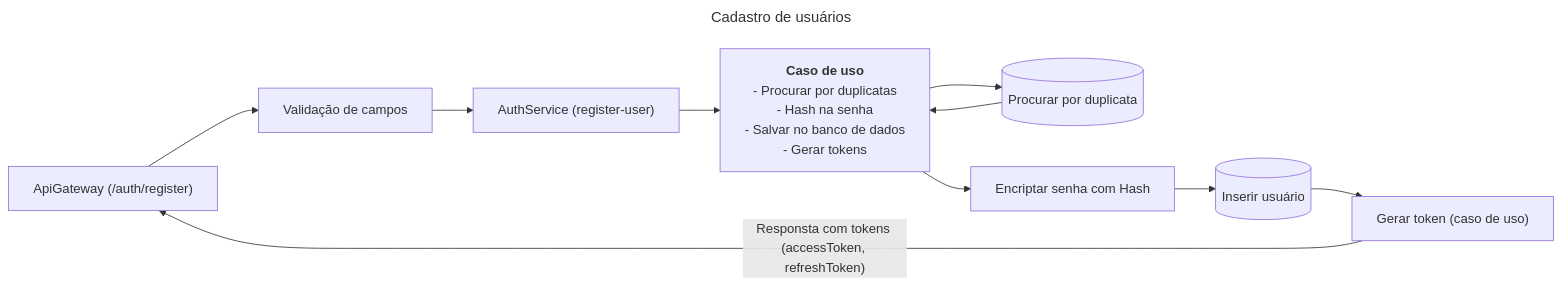
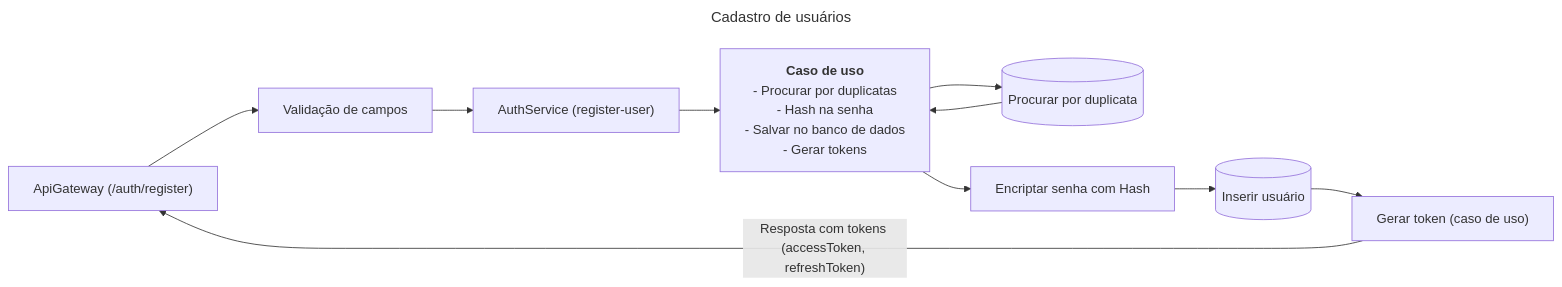
The third of 3 diagrams in README.md (zyxsz/jg-tech-challenge), drawn with Mermaid before and after one commit. The commit also changed other lines of this file, not shown here.

````diff
--- a/README.md
+++ b/README.md
@@ -81,28 +81,28 @@
 ```mermaid
 ---
 title: Cadastro de usuários
 ---
 flowchart LR
     ApiGateway["ApiGateway (/auth/register)"]
     Validation["Validação de campos"]
     AuthServiceRU["AuthService (register-user)"]
     AuthServiceUC["`**Caso de uso**
     - Procurar por duplicatas
     - Hash na senha
     - Salvar no banco de dados
     - Gerar tokens`"]
     DBDuplicata[(Procurar por duplicata)]
     DBInsert[(Inserir usuário)]
     HASH["Encriptar senha com Hash"]
     GT["Gerar token (caso de uso)"]
 
     ApiGateway --> Validation
     Validation --> AuthServiceRU
     AuthServiceRU --> AuthServiceUC
     AuthServiceUC --> DBDuplicata
     DBDuplicata --> AuthServiceUC
     AuthServiceUC --> HASH
     HASH --> DBInsert
     DBInsert --> GT
-    GT -->|"Responsta com tokens (accessToken, refreshToken)"| ApiGateway
+    GT -->|"Resposta com tokens (accessToken, refreshToken)"| ApiGateway
 ```
````
